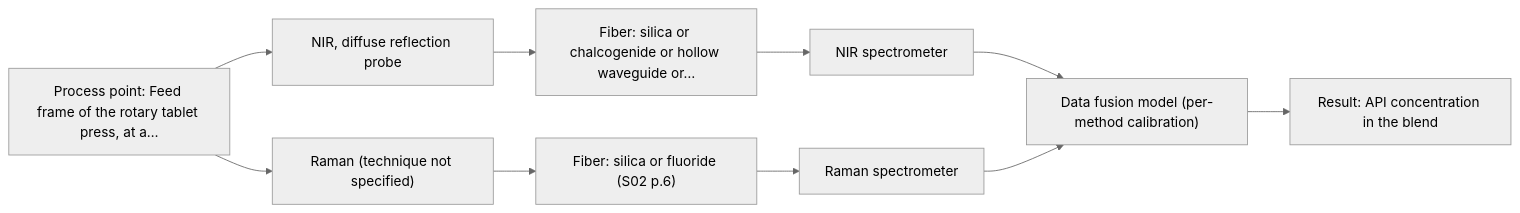
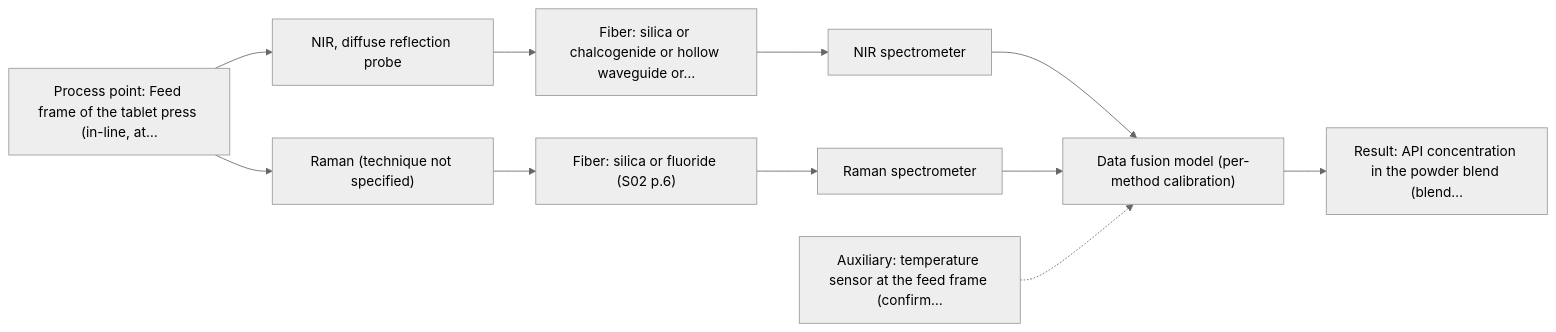
One commit to sleipnir029/Afs-Spectroscopy-Assistant changed the second of 2 diagrams in outputs/dev/D01.md. Above: the diagram before and after it, drawn with Mermaid (neutral theme). The commit also changed other lines of this file and 15 other files, not shown here.

Commit message:
3.R2 dev run outputs: 8/8 complete, 0 hard failures, 227/227 citations, 14/14 charts

````diff
--- a/outputs/dev/D01.md
+++ b/outputs/dev/D01.md
@@ -53,21 +62,23 @@
 ```mermaid
 flowchart LR
-    proc["Process point: Feed frame of the rotary tablet press, at a…"]
+    proc["Process point: Feed frame of the tablet press (in-line, at…"]
     probe1["NIR, diffuse reflection probe"]
     fiber1["Fiber: silica or chalcogenide or hollow waveguide or…"]
     spec1["NIR spectrometer"]
     probe2["Raman (technique not specified)"]
     fiber2["Fiber: silica or fluoride (S02 p.6)"]
     spec2["Raman spectrometer"]
     model["Data fusion model (per-method calibration)"]
-    result["Result: API concentration in the blend"]
+    result["Result: API concentration in the powder blend (blend…"]
+    aux1["Auxiliary: temperature sensor at the feed frame (confirm…"]
     proc --> probe1
     probe1 --> fiber1
     fiber1 --> spec1
     spec1 --> model
     proc --> probe2
     probe2 --> fiber2
     fiber2 --> spec2
     spec2 --> model
     model --> result
+    aux1 -.-> model
 ```
````
